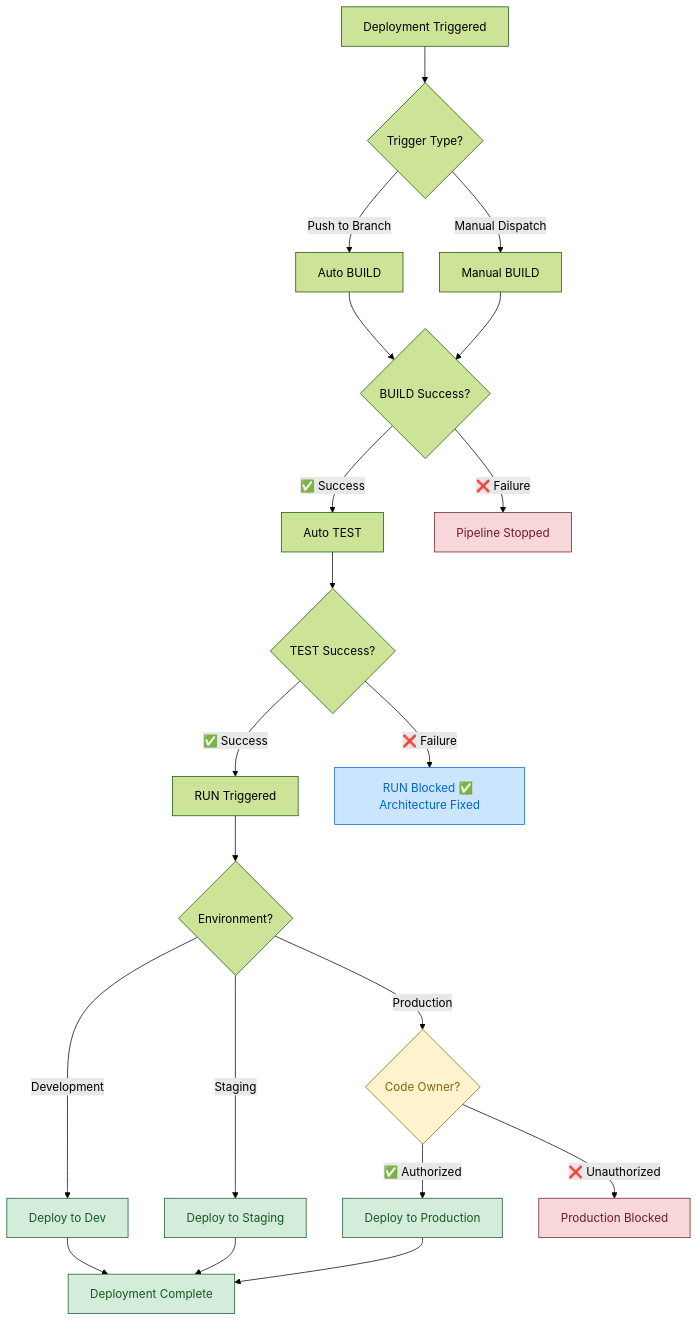
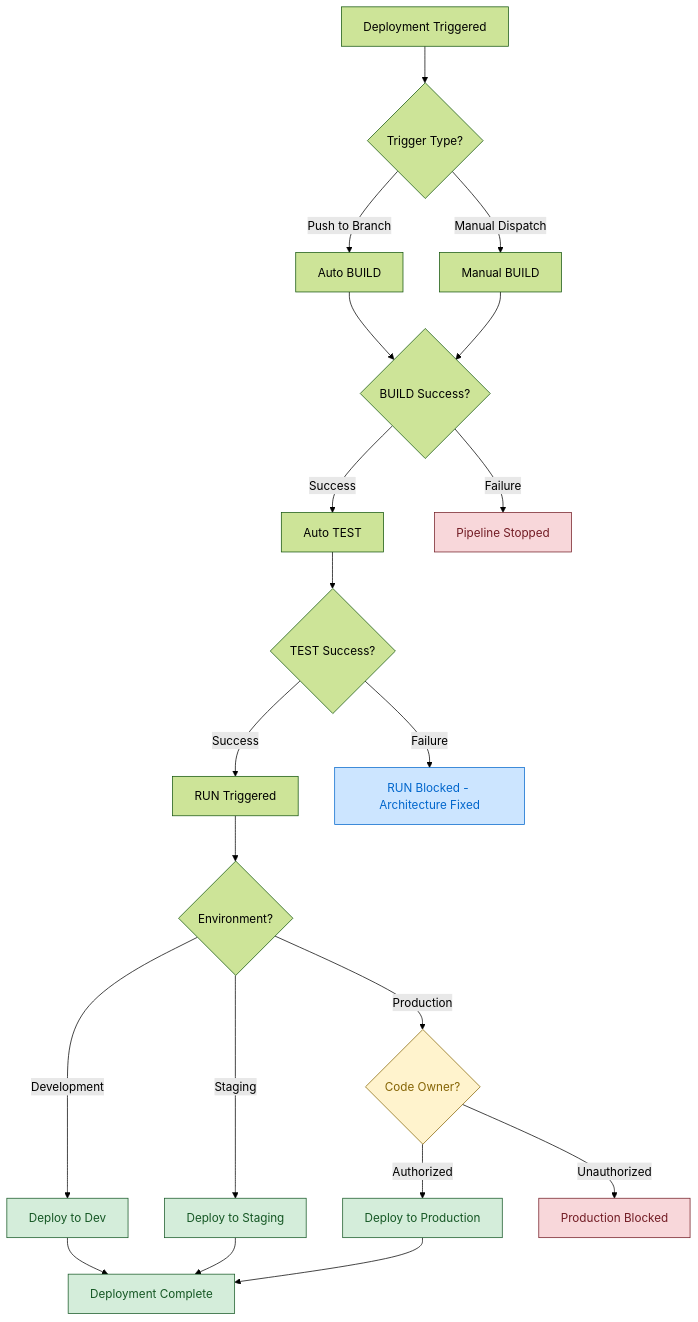
The third of 3 diagrams in docs/workflows/workflow-conditions.md (Celtikill/static-site), drawn with Mermaid (forest theme) before and after one commit. The commit also changed other lines of this file and 1 other file, not shown here.

````diff
--- a/docs/workflows/workflow-conditions.md
+++ b/docs/workflows/workflow-conditions.md
@@ -169,42 +171,42 @@
 ```mermaid
 graph TD
     START[Deployment Triggered] --> TRIGGER_TYPE{Trigger Type?}
     
     TRIGGER_TYPE -->|Push to Branch| AUTO_BUILD[Auto BUILD]
     TRIGGER_TYPE -->|Manual Dispatch| MANUAL_BUILD[Manual BUILD]
     
     AUTO_BUILD --> BUILD_RESULT{BUILD Success?}
     MANUAL_BUILD --> BUILD_RESULT
     
-    BUILD_RESULT -->|✅ Success| AUTO_TEST[Auto TEST]
-    BUILD_RESULT -->|❌ Failure| STOP_BUILD[Pipeline Stopped]
+    BUILD_RESULT -->|Success| AUTO_TEST[Auto TEST]
+    BUILD_RESULT -->|Failure| STOP_BUILD[Pipeline Stopped]
     
     AUTO_TEST --> TEST_RESULT{TEST Success?}
     
-    TEST_RESULT -->|✅ Success| RUN_TRIGGER[RUN Triggered]
-    TEST_RESULT -->|❌ Failure| BLOCK_RUN[RUN Blocked ✅ Architecture Fixed]
+    TEST_RESULT -->|Success| RUN_TRIGGER[RUN Triggered]
+    TEST_RESULT -->|Failure| BLOCK_RUN[RUN Blocked - Architecture Fixed]
     
     RUN_TRIGGER --> ENV_CHECK{Environment?}
     
     ENV_CHECK -->|Development| DEV_DEPLOY[Deploy to Dev]
     ENV_CHECK -->|Staging| STAGING_DEPLOY[Deploy to Staging]
     ENV_CHECK -->|Production| PROD_AUTH{Code Owner?}
     
-    PROD_AUTH -->|✅ Authorized| PROD_DEPLOY[Deploy to Production]
-    PROD_AUTH -->|❌ Unauthorized| PROD_BLOCKED[Production Blocked]
+    PROD_AUTH -->|Authorized| PROD_DEPLOY[Deploy to Production]
+    PROD_AUTH -->|Unauthorized| PROD_BLOCKED[Production Blocked]
     
     DEV_DEPLOY --> SUCCESS[Deployment Complete]
     STAGING_DEPLOY --> SUCCESS
     PROD_DEPLOY --> SUCCESS
     
     %% Styling
     classDef successPath fill:#d4edda,stroke:#155724,color:#155724
     classDef failurePath fill:#f8d7da,stroke:#721c24,color:#721c24
     classDef warningPath fill:#fff3cd,stroke:#856404,color:#856404
     classDef fixedPath fill:#cce5ff,stroke:#0066cc,color:#0066cc
 
     class SUCCESS,DEV_DEPLOY,STAGING_DEPLOY,PROD_DEPLOY successPath
     class STOP_BUILD,PROD_BLOCKED failurePath
     class PROD_AUTH warningPath
     class BLOCK_RUN fixedPath
 ```
````
